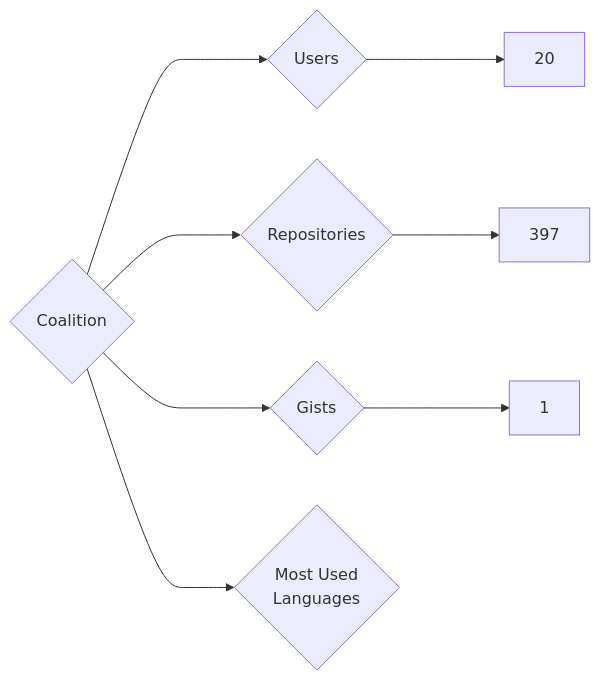
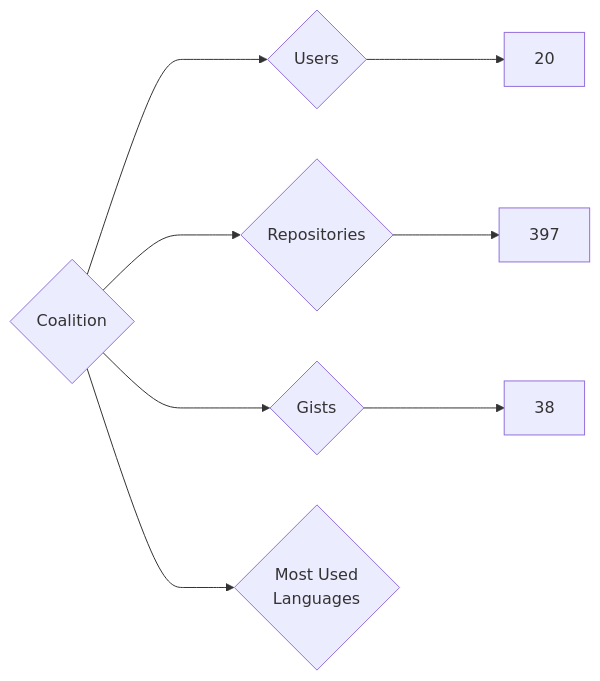
Before and after one commit to nenadzaric/insiders: the diagram in targets/Coalition/README.md, drawn with Mermaid. The commit also changed 1342 other files, not shown here.

````diff
--- a/targets/Coalition/README.md
+++ b/targets/Coalition/README.md
@@ -3,8 +3,8 @@
 ```mermaid
 graph LR
 COMPANY_NAME{Coalition}
 COMPANY_NAME ---> U{Users} ---> UN[20]
 COMPANY_NAME ---> R{Repositories} ---> RN[397]
-COMPANY_NAME ---> G{Gists} ---> GN[1]
+COMPANY_NAME ---> G{Gists} ---> GN[38]
 COMPANY_NAME ---> ML{Most Used<br>Languages}
 ```
````
